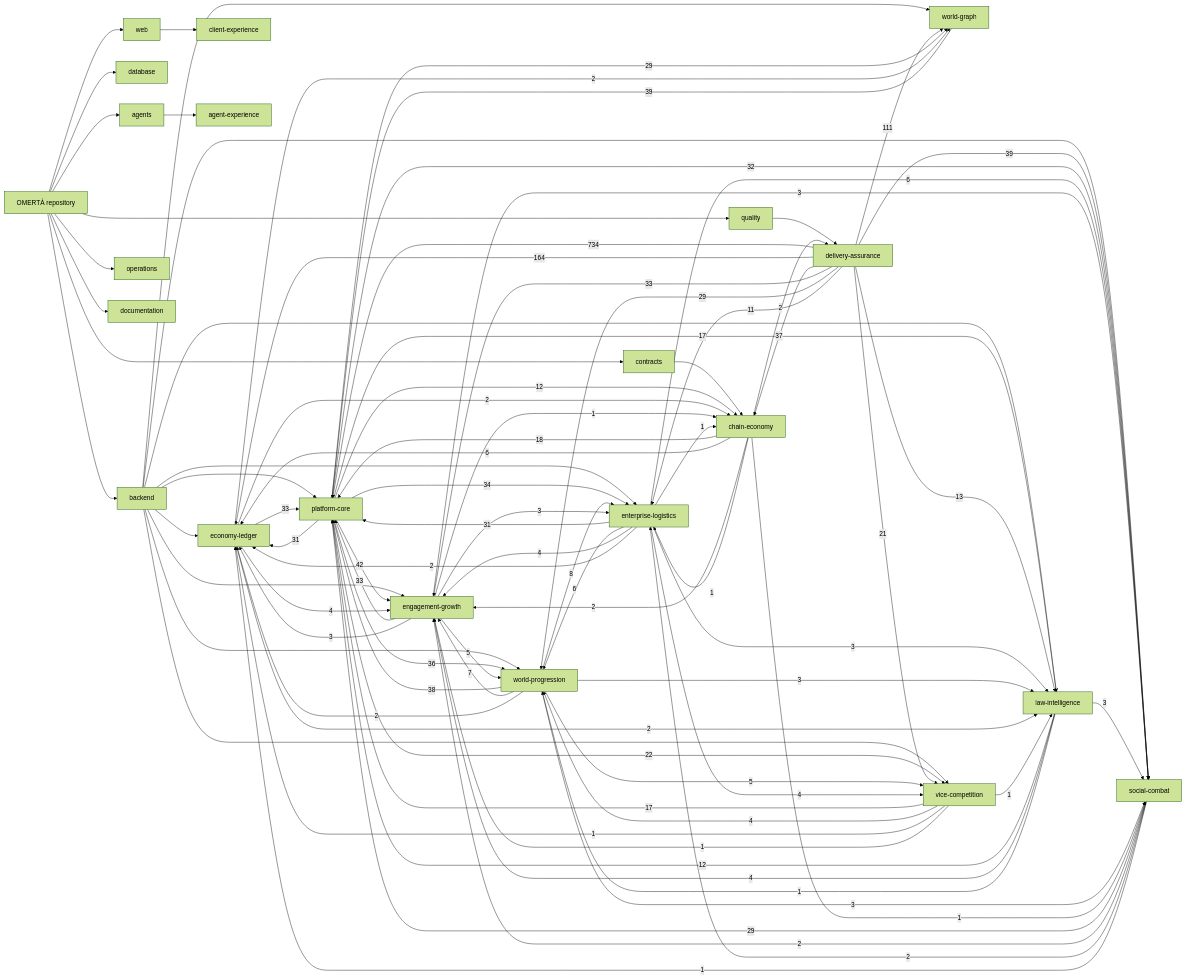
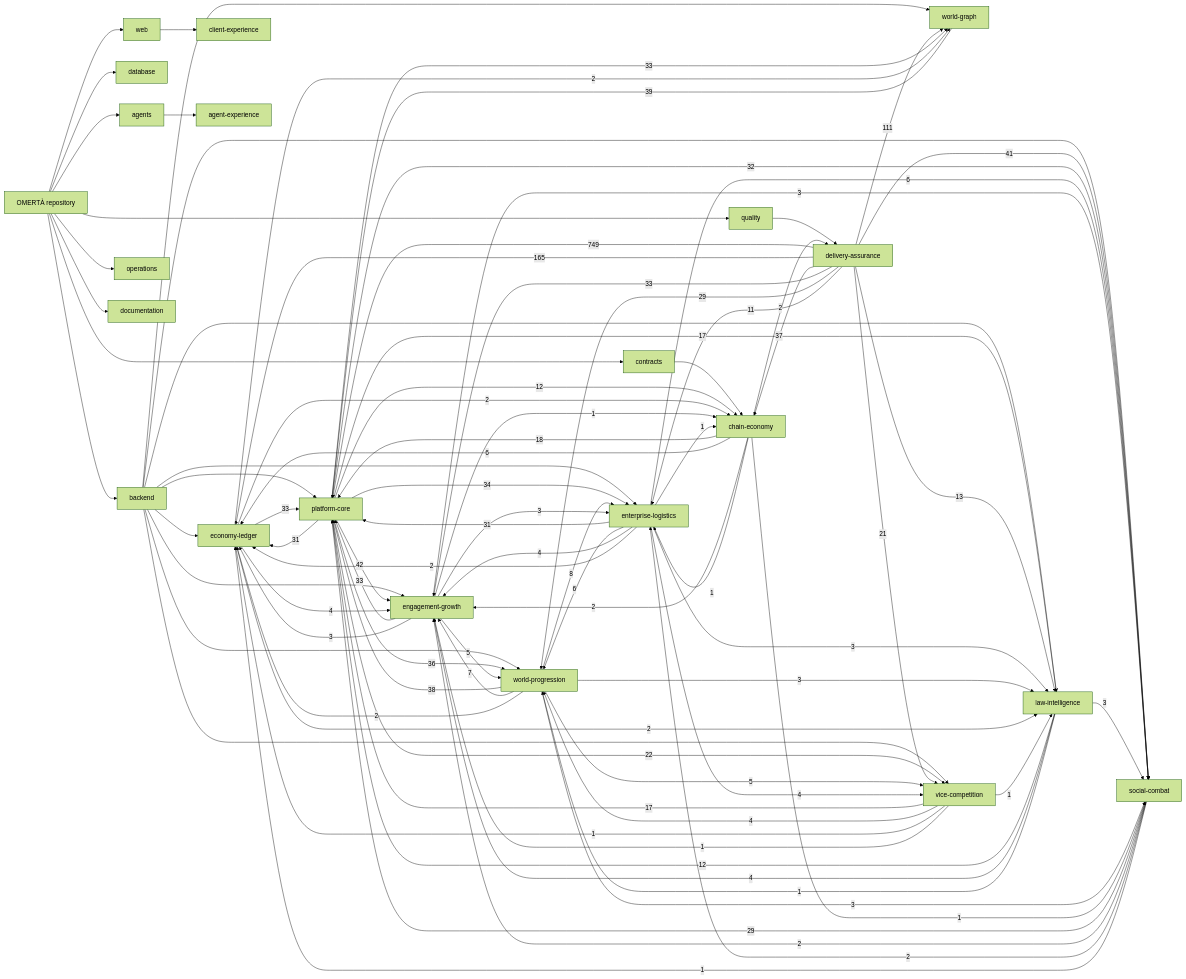
Before and after one commit to OmertaDev/Omerta: the diagram in knowledge/generated/graph.mmd, drawn with Mermaid (forest theme). The commit also changed 8 other files, not shown here.

```diff
--- a/knowledge/generated/graph.mmd
+++ b/knowledge/generated/graph.mmd
@@ -1,109 +1,109 @@
 flowchart LR
   repo["OMERTÀ repository"]
   sub_backend["backend"]
   repo --> sub_backend
   sub_database["database"]
   repo --> sub_database
   sub_web["web"]
   repo --> sub_web
   sub_contracts["contracts"]
   repo --> sub_contracts
   sub_agents["agents"]
   repo --> sub_agents
   sub_quality["quality"]
   repo --> sub_quality
   sub_operations["operations"]
   repo --> sub_operations
   sub_documentation["documentation"]
   repo --> sub_documentation
   dom_platform-core["platform-core"]
   dom_economy-ledger["economy-ledger"]
   dom_social-combat["social-combat"]
   dom_world-progression["world-progression"]
   dom_world-graph["world-graph"]
   dom_enterprise-logistics["enterprise-logistics"]
   dom_vice-competition["vice-competition"]
   dom_law-intelligence["law-intelligence"]
   dom_chain-economy["chain-economy"]
   dom_engagement-growth["engagement-growth"]
   dom_client-experience["client-experience"]
   dom_agent-experience["agent-experience"]
   dom_delivery-assurance["delivery-assurance"]
   sub_agents --> dom_agent-experience
   sub_backend --> dom_economy-ledger
   sub_backend --> dom_engagement-growth
   sub_backend --> dom_enterprise-logistics
   sub_backend --> dom_law-intelligence
   sub_backend --> dom_platform-core
   sub_backend --> dom_social-combat
   sub_backend --> dom_vice-competition
   sub_backend --> dom_world-graph
   sub_backend --> dom_world-progression
   sub_contracts --> dom_chain-economy
   sub_quality --> dom_delivery-assurance
   sub_web --> dom_client-experience
-  dom_delivery-assurance -->|734| dom_platform-core
-  dom_delivery-assurance -->|164| dom_economy-ledger
+  dom_delivery-assurance -->|749| dom_platform-core
+  dom_delivery-assurance -->|165| dom_economy-ledger
   dom_delivery-assurance -->|111| dom_world-graph
   dom_platform-core -->|42| dom_engagement-growth
-  dom_delivery-assurance -->|39| dom_social-combat
+  dom_delivery-assurance -->|41| dom_social-combat
   dom_world-graph -->|39| dom_platform-core
   dom_world-progression -->|38| dom_platform-core
   dom_delivery-assurance -->|37| dom_chain-economy
   dom_platform-core -->|36| dom_world-progression
   dom_platform-core -->|34| dom_enterprise-logistics
   dom_delivery-assurance -->|33| dom_engagement-growth
   dom_economy-ledger -->|33| dom_platform-core
   dom_engagement-growth -->|33| dom_platform-core
+  dom_platform-core -->|33| dom_world-graph
   dom_platform-core -->|32| dom_social-combat
   dom_enterprise-logistics -->|31| dom_platform-core
   dom_platform-core -->|31| dom_economy-ledger
   dom_delivery-assurance -->|29| dom_world-progression
-  dom_platform-core -->|29| dom_world-graph
   dom_social-combat -->|29| dom_platform-core
   dom_platform-core -->|22| dom_vice-competition
   dom_delivery-assurance -->|21| dom_vice-competition
   dom_chain-economy -->|18| dom_platform-core
   dom_platform-core -->|17| dom_law-intelligence
   dom_vice-competition -->|17| dom_platform-core
   dom_delivery-assurance -->|13| dom_law-intelligence
   dom_law-intelligence -->|12| dom_platform-core
   dom_platform-core -->|12| dom_chain-economy
   dom_delivery-assurance -->|11| dom_enterprise-logistics
   dom_world-progression -->|8| dom_enterprise-logistics
   dom_world-progression -->|7| dom_engagement-growth
   dom_chain-economy -->|6| dom_economy-ledger
   dom_enterprise-logistics -->|6| dom_social-combat
   dom_enterprise-logistics -->|6| dom_world-progression
   dom_engagement-growth -->|5| dom_world-progression
   dom_world-progression -->|5| dom_vice-competition
   dom_economy-ledger -->|4| dom_engagement-growth
   dom_enterprise-logistics -->|4| dom_engagement-growth
   dom_enterprise-logistics -->|4| dom_vice-competition
   dom_law-intelligence -->|4| dom_engagement-growth
   dom_vice-competition -->|4| dom_world-progression
   dom_engagement-growth -->|3| dom_economy-ledger
   dom_engagement-growth -->|3| dom_enterprise-logistics
   dom_engagement-growth -->|3| dom_social-combat
   dom_enterprise-logistics -->|3| dom_law-intelligence
   dom_law-intelligence -->|3| dom_social-combat
   dom_world-progression -->|3| dom_law-intelligence
   dom_world-progression -->|3| dom_social-combat
   dom_chain-economy -->|2| dom_delivery-assurance
   dom_chain-economy -->|2| dom_engagement-growth
   dom_economy-ledger -->|2| dom_chain-economy
   dom_economy-ledger -->|2| dom_law-intelligence
   dom_economy-ledger -->|2| dom_world-graph
   dom_enterprise-logistics -->|2| dom_economy-ledger
   dom_social-combat -->|2| dom_engagement-growth
   dom_social-combat -->|2| dom_enterprise-logistics
   dom_world-progression -->|2| dom_economy-ledger
   dom_chain-economy -->|1| dom_enterprise-logistics
   dom_chain-economy -->|1| dom_social-combat
   dom_engagement-growth -->|1| dom_chain-economy
   dom_enterprise-logistics -->|1| dom_chain-economy
   dom_law-intelligence -->|1| dom_world-progression
   dom_social-combat -->|1| dom_economy-ledger
   dom_vice-competition -->|1| dom_economy-ledger
   dom_vice-competition -->|1| dom_engagement-growth
   dom_vice-competition -->|1| dom_law-intelligence
```
